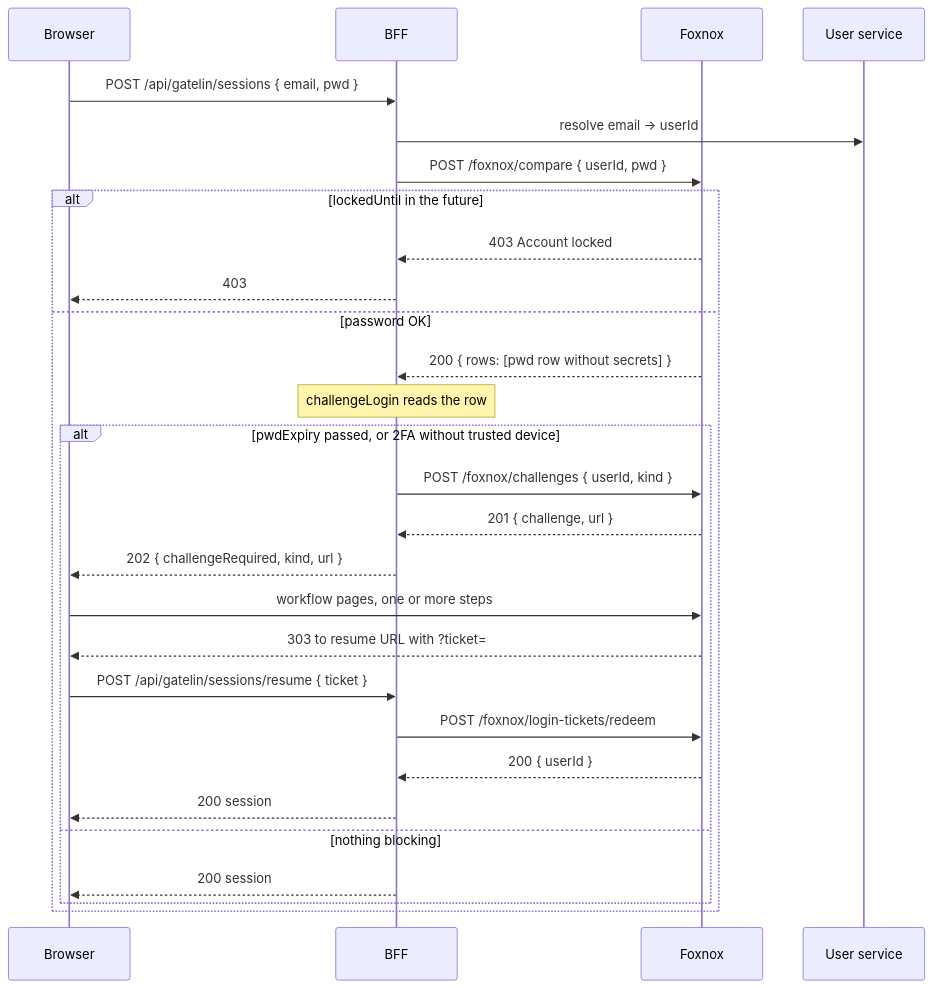
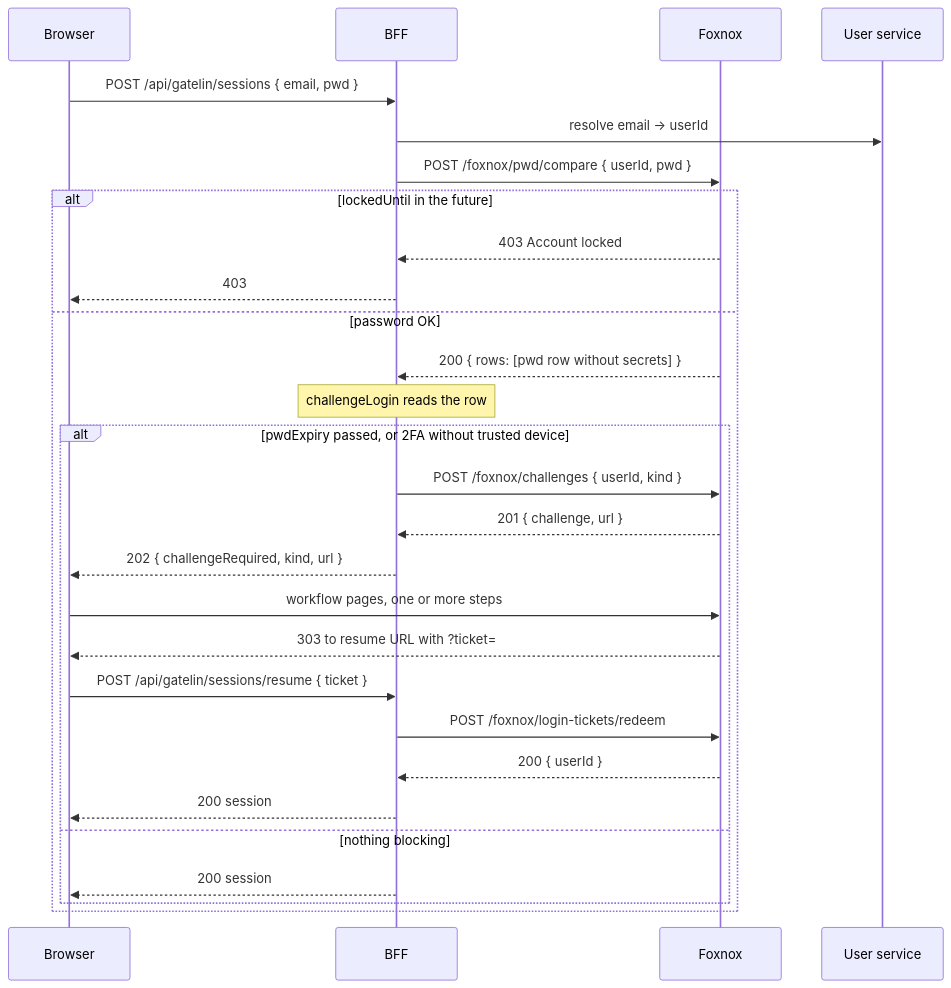
The diagram in website/docs/guide/architecture.md (ALTEN-group/Foxnox), drawn with Mermaid before and after one commit. The commit also changed other lines of this file and 171 other files, not shown here.

````diff
--- a/website/docs/guide/architecture.md
+++ b/website/docs/guide/architecture.md
@@ -119,32 +119,32 @@
 ```mermaid
 sequenceDiagram
     participant B as Browser
     participant G as BFF
     participant F as Foxnox
     participant U as User service
 
     B->>G: POST /api/gatelin/sessions { email, pwd }
     G->>U: resolve email → userId
-    G->>F: POST /foxnox/compare { userId, pwd }
+    G->>F: POST /foxnox/pwd/compare { userId, pwd }
 
     alt lockedUntil in the future
         F-->>G: 403 Account locked
         G-->>B: 403
     else password OK
         F-->>G: 200 { rows: [pwd row without secrets] }
         Note over G: challengeLogin reads the row
         alt pwdExpiry passed, or 2FA without trusted device
             G->>F: POST /foxnox/challenges { userId, kind }
             F-->>G: 201 { challenge, url }
             G-->>B: 202 { challengeRequired, kind, url }
             B->>F: workflow pages, one or more steps
             F-->>B: 303 to resume URL with ?ticket=
             B->>G: POST /api/gatelin/sessions/resume { ticket }
             G->>F: POST /foxnox/login-tickets/redeem
             F-->>G: 200 { userId }
             G-->>B: 200 session
         else nothing blocking
             G-->>B: 200 session
         end
     end
 ```
````
